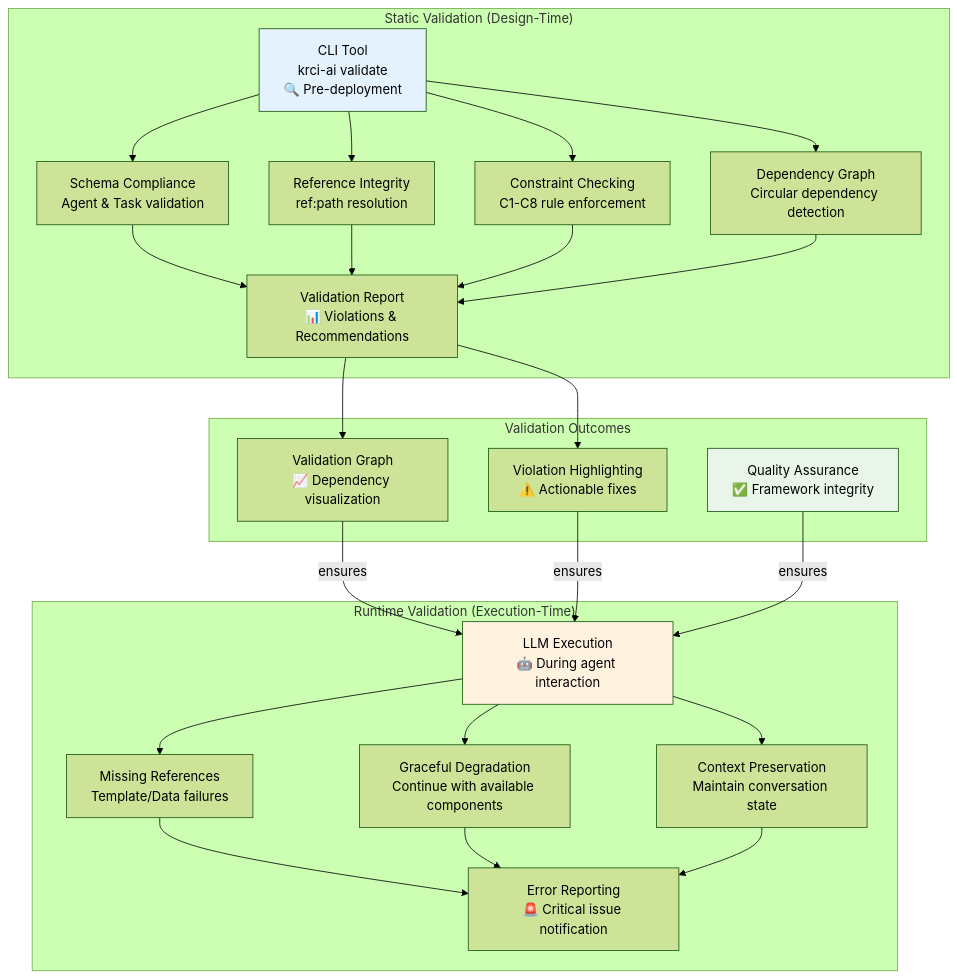
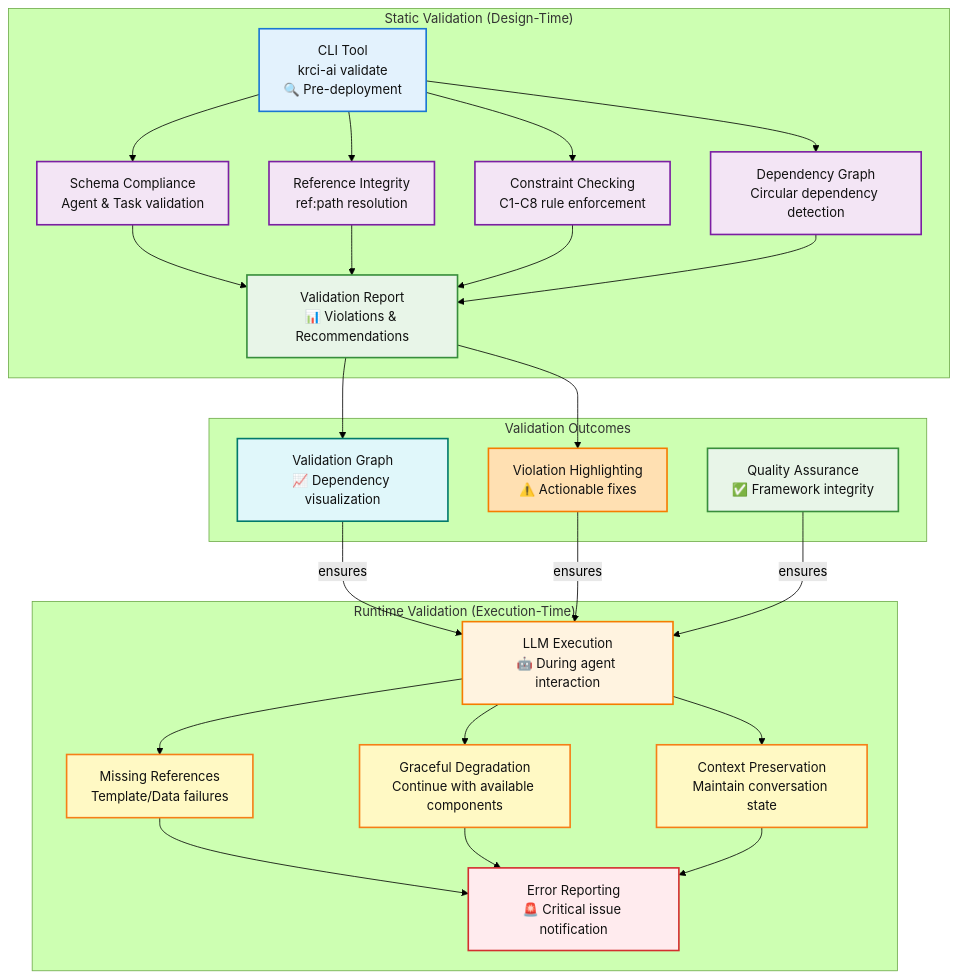
The second of 3 diagrams in docs/architecture/04-data-models.md (KubeRocketCI/kuberocketai), drawn with Mermaid (forest theme) before and after one commit. The commit also changed other lines of this file and 6 other files, not shown here.

Commit message:
docs: Align mermaid to dark theme

````diff
--- a/docs/architecture/04-data-models.md
+++ b/docs/architecture/04-data-models.md
@@ -877,38 +877,51 @@
 ```mermaid
 graph TB
     subgraph "Static Validation (Design-Time)"
         CLI[CLI Tool<br/>krci-ai validate<br/>🔍 Pre-deployment]
         SV1[Schema Compliance<br/>Agent & Task validation]
         SV2[Reference Integrity<br/>ref:path resolution]
         SV3[Constraint Checking<br/>C1-C8 rule enforcement]
         SV4[Dependency Graph<br/>Circular dependency detection]
         VR[Validation Report<br/>📊 Violations & Recommendations]
     end
 
     subgraph "Runtime Validation (Execution-Time)"
         LLM[LLM Execution<br/>🤖 During agent interaction]
         RV1[Missing References<br/>Template/Data failures]
         RV2[Graceful Degradation<br/>Continue with available components]
         RV3[Context Preservation<br/>Maintain conversation state]
         ER[Error Reporting<br/>🚨 Critical issue notification]
     end
 
     subgraph "Validation Outcomes"
         VG[Validation Graph<br/>📈 Dependency visualization]
         VH[Violation Highlighting<br/>⚠️ Actionable fixes]
         QA[Quality Assurance<br/>✅ Framework integrity]
     end
 
     CLI --> SV1 & SV2 & SV3 & SV4
     SV1 & SV2 & SV3 & SV4 --> VR
     VR --> VG & VH
 
     LLM --> RV1 & RV2 & RV3
     RV1 & RV2 & RV3 --> ER
 
     VG & VH & QA --> |ensures| LLM
 
-    style CLI fill:#e3f2fd
-    style LLM fill:#fff3e0
-    style QA fill:#e8f5e8
+    style CLI fill:#e3f2fd,stroke:#1976d2,stroke-width:2px,color:#111
+    style SV1 fill:#f3e5f5,stroke:#7b1fa2,stroke-width:2px,color:#111
+    style SV2 fill:#f3e5f5,stroke:#7b1fa2,stroke-width:2px,color:#111
+    style SV3 fill:#f3e5f5,stroke:#7b1fa2,stroke-width:2px,color:#111
+    style SV4 fill:#f3e5f5,stroke:#7b1fa2,stroke-width:2px,color:#111
+    style VR fill:#e8f5e8,stroke:#388e3c,stroke-width:2px,color:#111
+
+    style LLM fill:#fff3e0,stroke:#f57c00,stroke-width:2px,color:#111
+    style RV1 fill:#fff9c4,stroke:#f57f17,stroke-width:2px,color:#111
+    style RV2 fill:#fff9c4,stroke:#f57f17,stroke-width:2px,color:#111
+    style RV3 fill:#fff9c4,stroke:#f57f17,stroke-width:2px,color:#111
+    style ER fill:#ffebee,stroke:#d32f2f,stroke-width:2px,color:#111
+
+    style VG fill:#e0f7fa,stroke:#00796b,stroke-width:2px,color:#111
+    style VH fill:#ffe0b2,stroke:#f57c00,stroke-width:2px,color:#111
+    style QA fill:#e8f5e8,stroke:#388e3c,stroke-width:2px,color:#111
 ```
````
